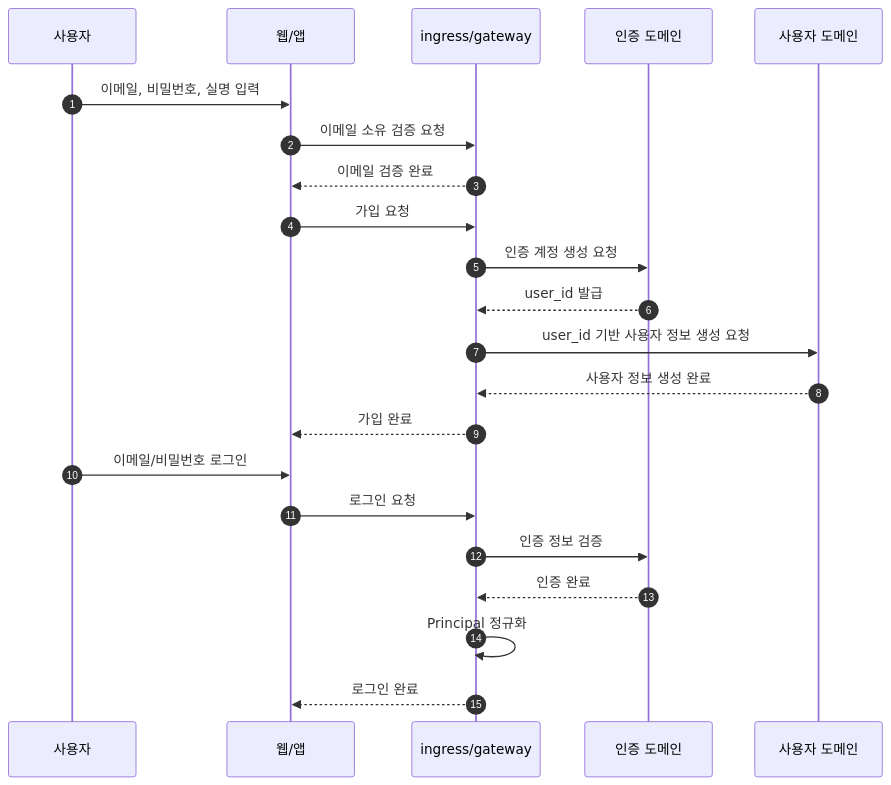
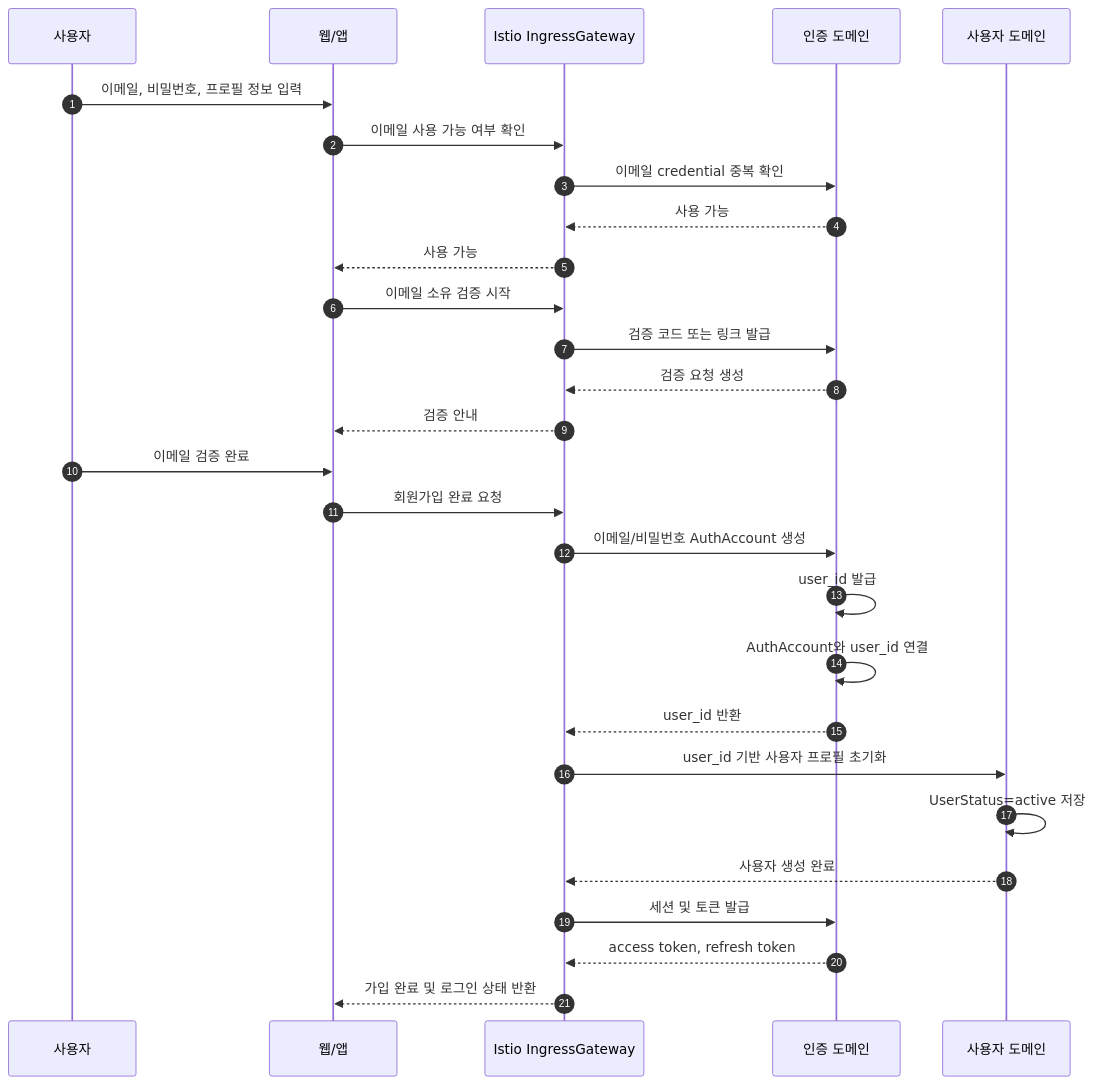
Before and after one commit to Medikong/archive: the second of 15 diagrams in features/auth-user/01-scenarios.md, drawn with Mermaid. The commit also changed other lines of this file and 5 other files, not shown here.

Commit message:
docs(auth-user): revise auth user service design

````diff
--- a/features/auth-user/01-scenarios.md
+++ b/features/auth-user/01-scenarios.md
@@ -313,26 +365,31 @@
 ```mermaid
 sequenceDiagram
     autonumber
     participant U as 사용자
     participant FE as 웹/앱
-    participant GW as ingress/gateway
+    participant GW as Istio IngressGateway
     participant AUTH as 인증 도메인
     participant USER as 사용자 도메인
 
-    U->>FE: 이메일, 비밀번호, 실명 입력
-    FE->>GW: 이메일 소유 검증 요청
-    GW-->>FE: 이메일 검증 완료
-    FE->>GW: 가입 요청
-    GW->>AUTH: 인증 계정 생성 요청
-    AUTH-->>GW: user_id 발급
-    GW->>USER: user_id 기반 사용자 정보 생성 요청
-    USER-->>GW: 사용자 정보 생성 완료
-    GW-->>FE: 가입 완료
-
-    U->>FE: 이메일/비밀번호 로그인
-    FE->>GW: 로그인 요청
-    GW->>AUTH: 인증 정보 검증
-    AUTH-->>GW: 인증 완료
-    GW->>GW: Principal 정규화
-    GW-->>FE: 로그인 완료
+    U->>FE: 이메일, 비밀번호, 프로필 정보 입력
+    FE->>GW: 이메일 사용 가능 여부 확인
+    GW->>AUTH: 이메일 credential 중복 확인
+    AUTH-->>GW: 사용 가능
+    GW-->>FE: 사용 가능
+    FE->>GW: 이메일 소유 검증 시작
+    GW->>AUTH: 검증 코드 또는 링크 발급
+    AUTH-->>GW: 검증 요청 생성
+    GW-->>FE: 검증 안내
+    U->>FE: 이메일 검증 완료
+    FE->>GW: 회원가입 완료 요청
+    GW->>AUTH: 이메일/비밀번호 AuthAccount 생성
+    AUTH->>AUTH: user_id 발급
+    AUTH->>AUTH: AuthAccount와 user_id 연결
+    AUTH-->>GW: user_id 반환
+    GW->>USER: user_id 기반 사용자 프로필 초기화
+    USER->>USER: UserStatus=active 저장
+    USER-->>GW: 사용자 생성 완료
+    GW->>AUTH: 세션 및 토큰 발급
+    AUTH-->>GW: access token, refresh token
+    GW-->>FE: 가입 완료 및 로그인 상태 반환
 ```
````
